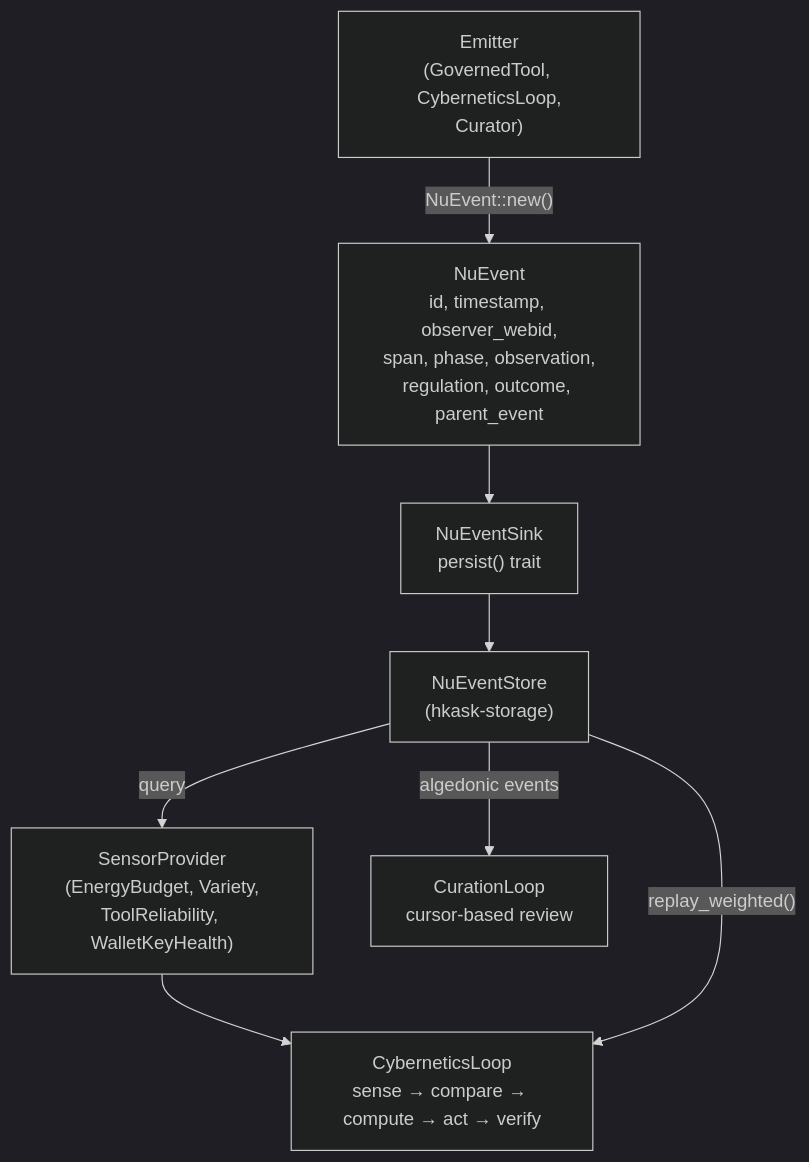
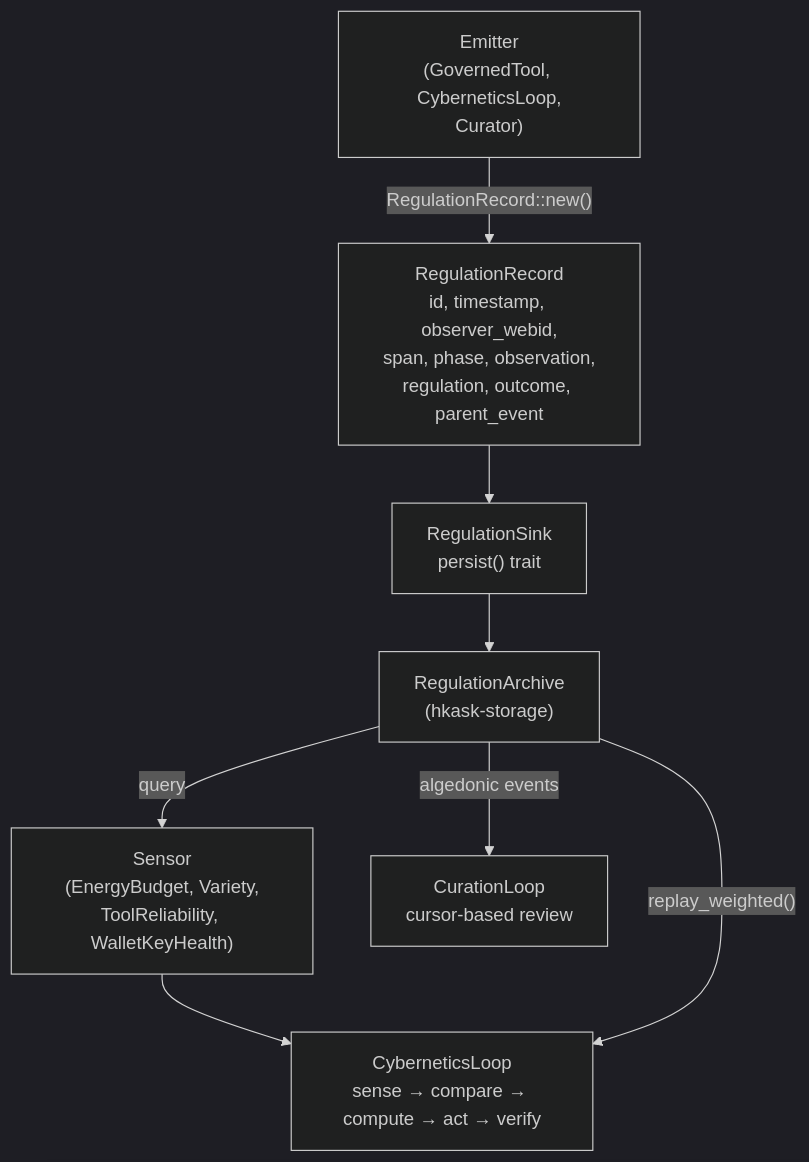
The third of 9 diagrams in docs/explanation/cognition-and-replica.md (mdz-axo/hKask), drawn with Mermaid (dark theme) before and after one commit. The commit also changed other lines of this file and 35 other files, not shown here.

````diff
--- a/docs/explanation/cognition-and-replica.md
+++ b/docs/explanation/cognition-and-replica.md
@@ -276,18 +276,18 @@
 ```mermaid
 flowchart TD
     EMITTER["Emitter\n(GovernedTool, CyberneticsLoop,\nCurator)"]
-    EVENT["NuEvent\nid, timestamp, observer_webid,\nspan, phase, observation,\nregulation, outcome, parent_event"]
-    SINK["NuEventSink\npersist() trait"]
-    STORE["NuEventStore\n(hkask-storage)"]
-    SENSORS["SensorProvider\n(EnergyBudget, Variety,\nToolReliability, WalletKeyHealth)"]
+    EVENT["RegulationRecord\nid, timestamp, observer_webid,\nspan, phase, observation,\nregulation, outcome, parent_event"]
+    SINK["RegulationSink\npersist() trait"]
+    STORE["RegulationArchive\n(hkask-storage)"]
+    SENSORS["Sensor\n(EnergyBudget, Variety,\nToolReliability, WalletKeyHealth)"]
     CNS["CyberneticsLoop\nsense → compare → compute → act → verify"]
     CURATOR["CurationLoop\ncursor-based review"]
 
-    EMITTER -->|"NuEvent::new()"| EVENT
+    EMITTER -->|"RegulationRecord::new()"| EVENT
     EVENT --> SINK
     SINK --> STORE
     STORE -->|"query"| SENSORS
     SENSORS --> CNS
     STORE -->|"algedonic events"| CURATOR
     STORE -->|"replay_weighted()"| CNS
 ```
````
